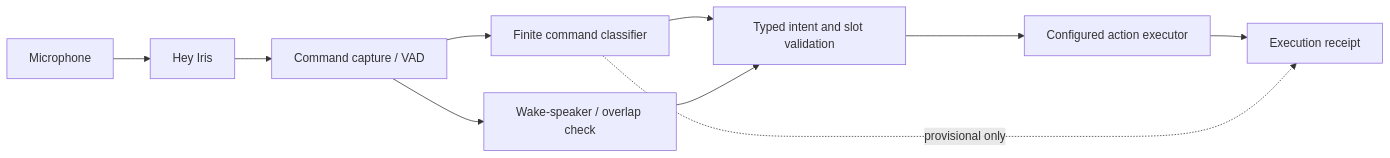
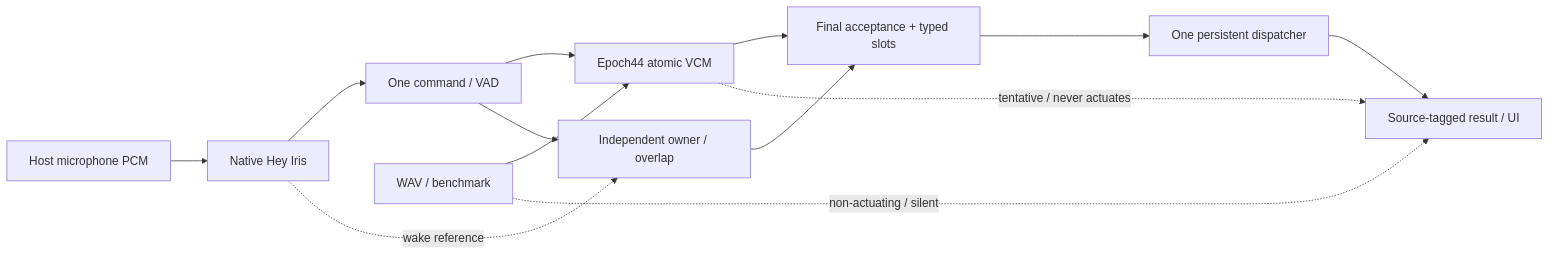
The first of 12 diagrams in README.md (justinruaya123/smart-speaker), drawn with Mermaid before and after one commit. The commit also changed other lines of this file and 4 other files, not shown here.

Commit message:
docs(iris): publish finite epoch44 guide model card and cited use cases

````diff
--- a/README.md
+++ b/README.md
@@ -51,12 +35,15 @@
 ```mermaid
 flowchart LR
-    MIC[Microphone] --> WAKE[Hey Iris]
-    WAKE --> VAD[Command capture / VAD]
-    VAD --> VCM[Finite command classifier]
-    VAD --> OWNER[Wake-speaker / overlap check]
-    VCM --> VALID[Typed intent and slot validation]
-    OWNER --> VALID
-    VALID --> ACT[Configured action executor]
-    ACT --> UI[Execution receipt]
-    VCM -. provisional only .-> UI
+  MIC[Host microphone PCM] --> WAKE[Native Hey Iris]
+  WAKE --> CAP[One command / VAD]
+  CAP --> VCM[Epoch44 atomic VCM]
+  WAKE -. wake reference .-> OWNER[Independent owner / overlap]
+  CAP --> OWNER
+  VCM --> GUARD[Final acceptance + typed slots]
+  OWNER --> GUARD
+  GUARD --> ACT[One persistent dispatcher]
+  ACT --> RECEIPT[Source-tagged result / UI]
+  VCM -. tentative / never actuates .-> RECEIPT
+  WAV[WAV / benchmark] --> VCM
+  WAV -. non-actuating / silent .-> RECEIPT
 ```
````
